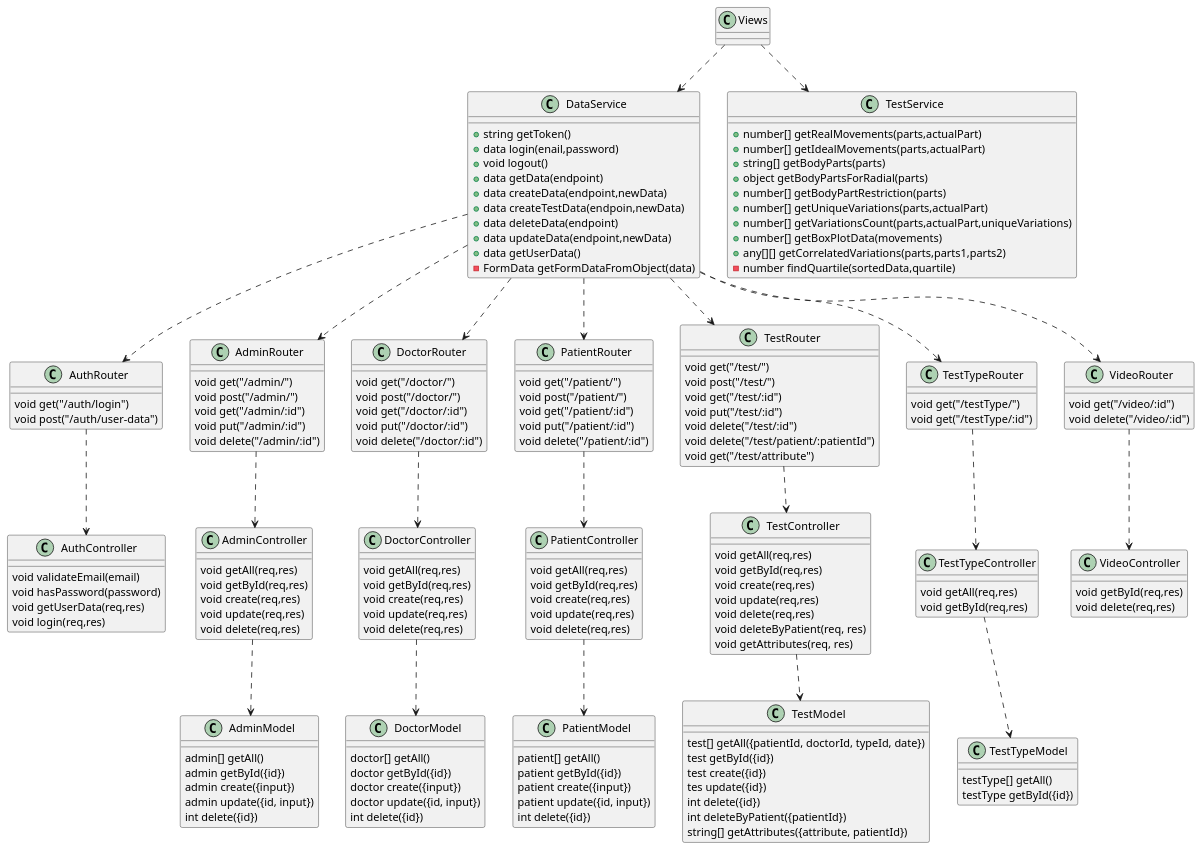
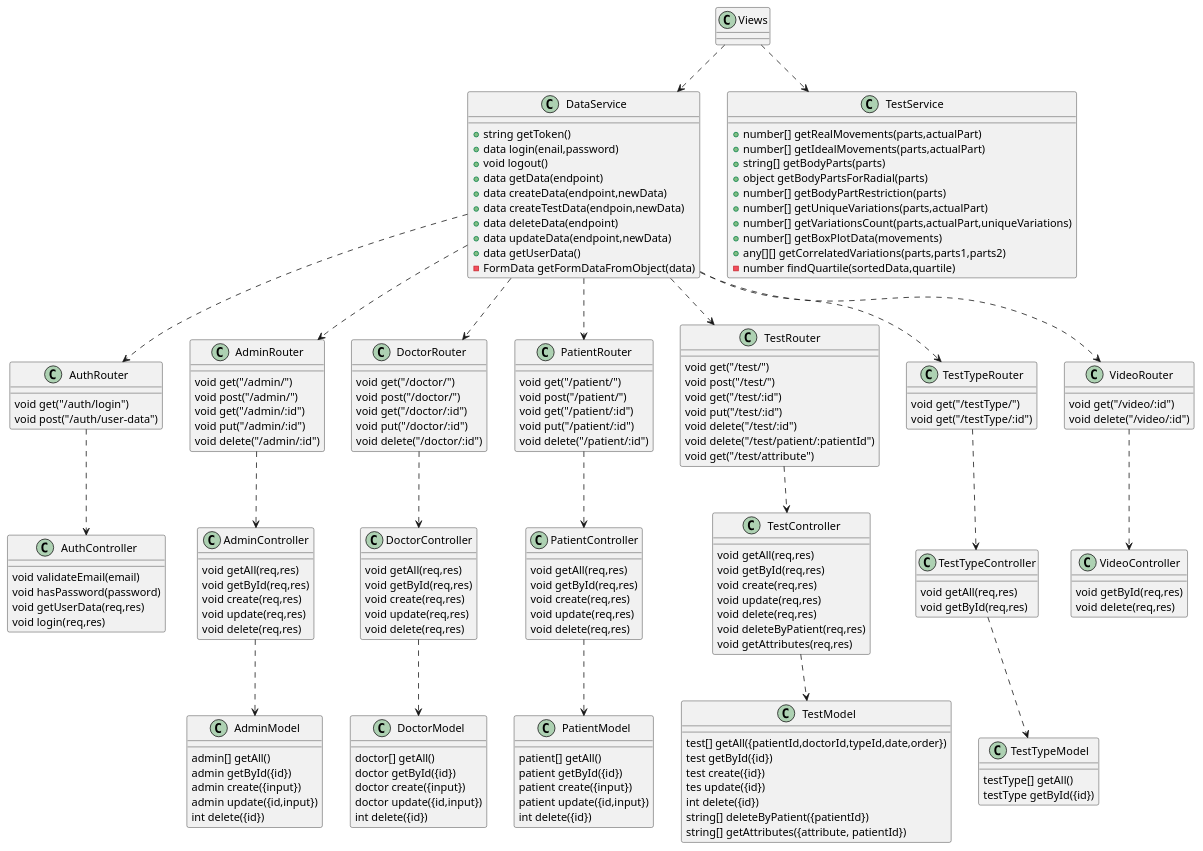
One commit to TFG-SGM/memoria changed the second of 2 diagrams in templateAPP/input/chapters/04_resultado.md. Above: the diagram before and after it, drawn with PlantUML. The commit also changed 8 other files, not shown here.

```diff
--- a/templateAPP/input/chapters/04_resultado.md
+++ b/templateAPP/input/chapters/04_resultado.md
@@ -210,8 +210,8 @@
 	void create(req,res)
 	void update(req,res)
 	void delete(req,res)
-	void deleteByPatient(req, res)
-	void getAttributes(req, res)
+	void deleteByPatient(req,res)
+	void getAttributes(req,res)
 }
 
 class TestTypeController {
@@ -228,7 +228,7 @@
 	admin[] getAll()
 	admin getById({id})
 	admin create({input})
-	admin update({id, input})
+	admin update({id,input})
 	int delete({id})
 }
 
@@ -236,7 +236,7 @@
 	doctor[] getAll()
 	doctor getById({id})
 	doctor create({input})
-	doctor update({id, input})
+	doctor update({id,input})
 	int delete({id})
 }
 
@@ -244,17 +244,17 @@
 	patient[] getAll()
 	patient getById({id})
 	patient create({input})
-	patient update({id, input})
+	patient update({id,input})
 	int delete({id})
 }
 
 class TestModel {
-	test[] getAll({patientId, doctorId, typeId, date})
+	test[] getAll({patientId,doctorId,typeId,date,order})
 	test getById({id})
 	test create({id})
 	tes update({id})
 	int delete({id})
-	int deleteByPatient({patientId})
+	string[] deleteByPatient({patientId})
 	string[] getAttributes({attribute, patientId})
 }
 
```
